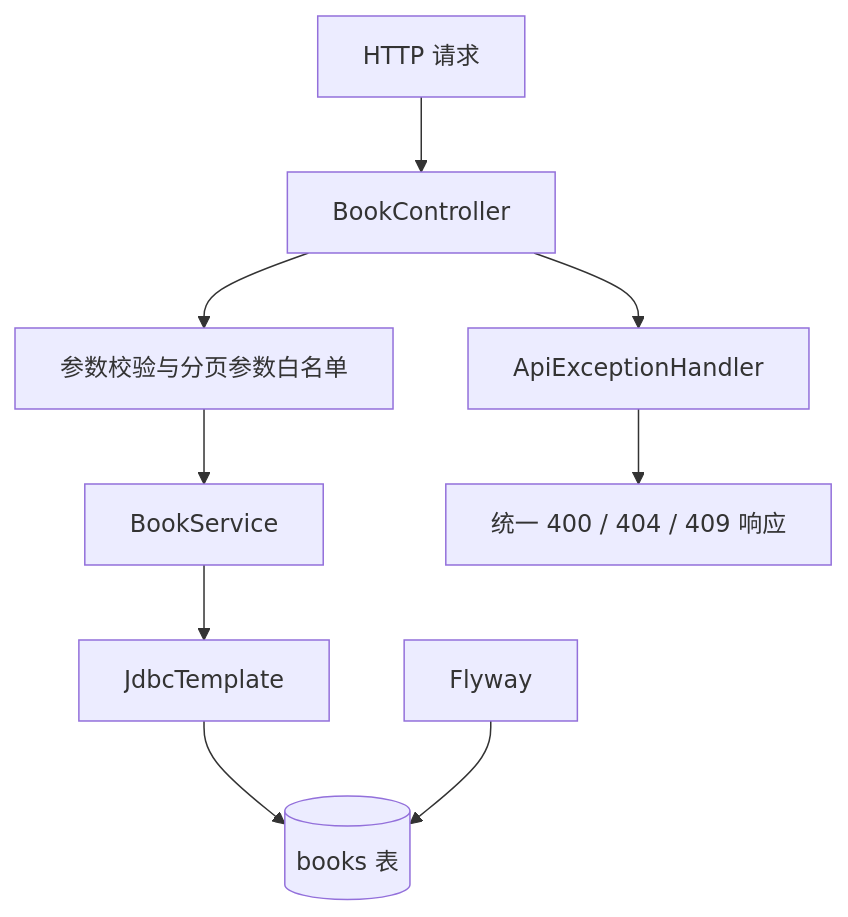
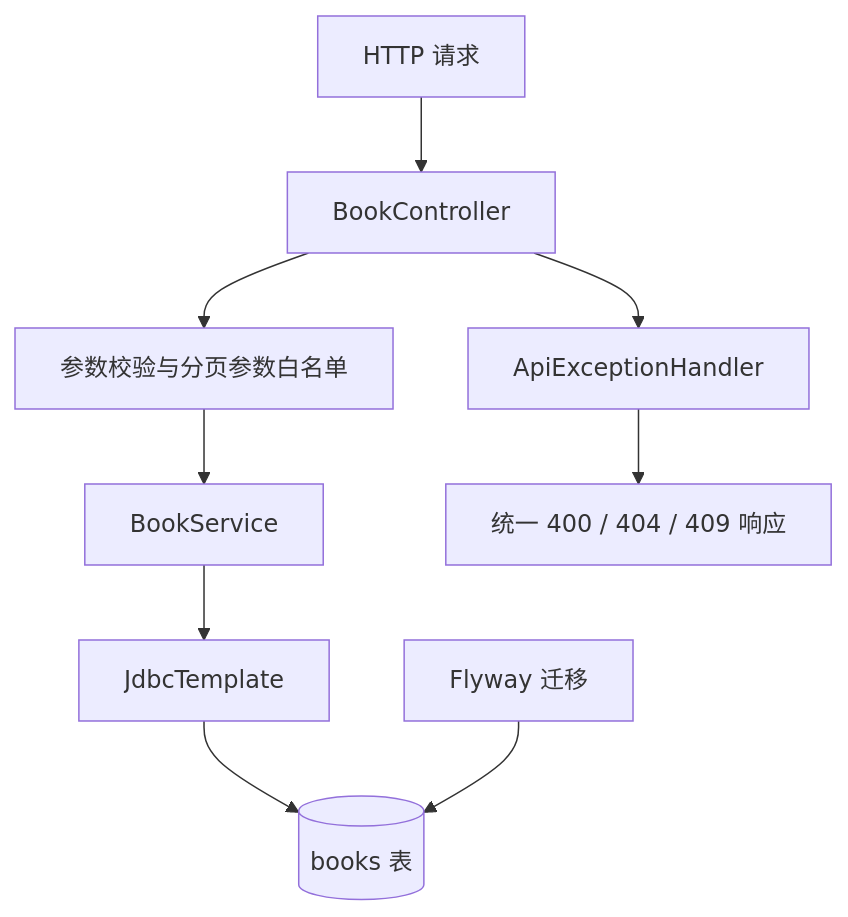
Before and after one commit to ilikui/Java: the diagram in Practice/springboot-library-api/README.md, drawn with Mermaid. The commit also changed other lines of this file, not shown here.

````diff
--- a/Practice/springboot-library-api/README.md
+++ b/Practice/springboot-library-api/README.md
@@ -72,11 +89,11 @@
 ```mermaid
 flowchart TD
     A[HTTP 请求] --> B[BookController]
     B --> C[参数校验与分页参数白名单]
     C --> D[BookService]
     D --> E[JdbcTemplate]
     E --> F[(books 表)]
-    G[Flyway] --> F
+    G[Flyway 迁移] --> F
     B --> H[ApiExceptionHandler]
     H --> I[统一 400 / 404 / 409 响应]
 ```
````
